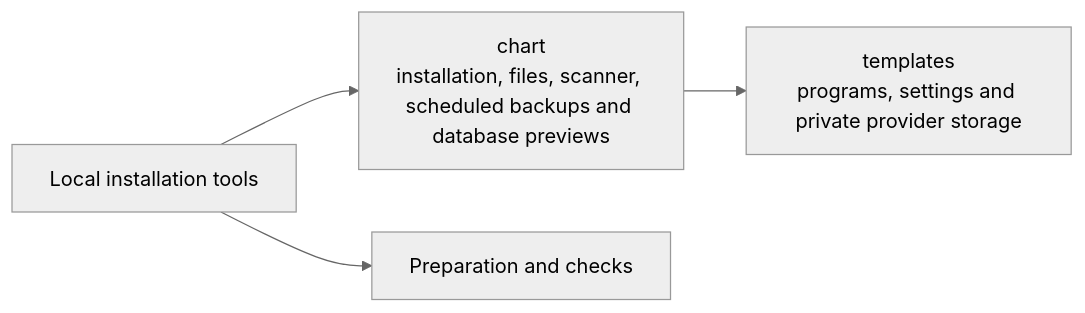
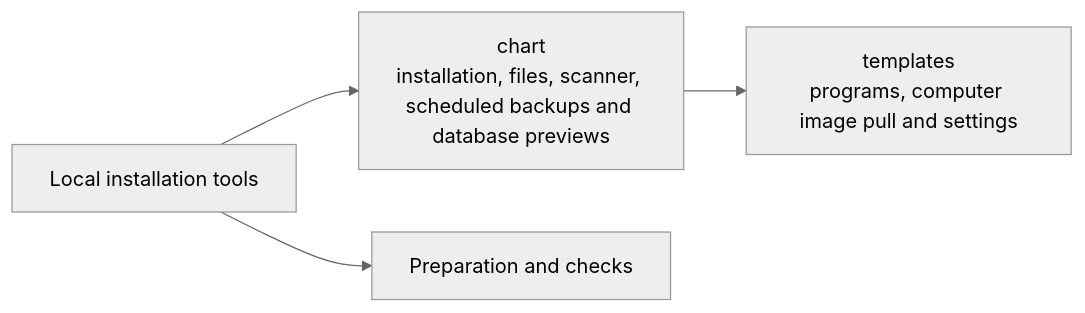
Before and after one commit to elewa-git/opencrane-new: the diagram in infra/package/chart/README.md, drawn with Mermaid (neutral theme). The commit also changed other lines of this file and 26 other files, not shown here.

First line of the commit message:
⚡ Pull the computer image before the package starts (#1197)

````diff
--- a/infra/package/chart/README.md
+++ b/infra/package/chart/README.md
@@ -38,6 +38,6 @@
 ```mermaid
 flowchart LR
   package["Local installation tools"] --> chart["chart<br/>installation, files, scanner, scheduled backups and database previews"]
   package --> prepare["Preparation and checks"]
-  chart --> templates["templates<br/>programs, settings and private provider storage"]
+  chart --> templates["templates<br/>programs, computer image pull and settings"]
 ```
````
